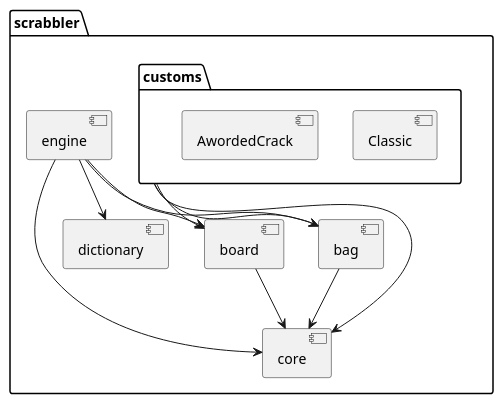
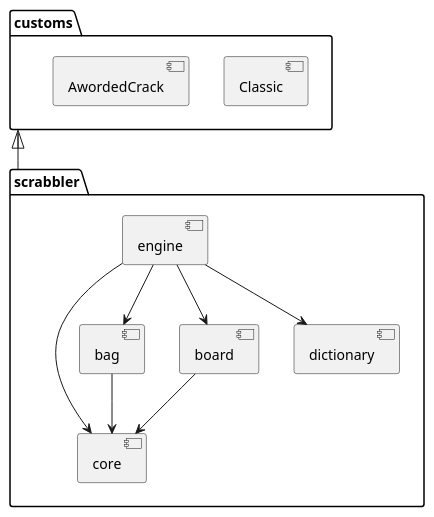
One commit to tizianolattisi/scrabbler changed the diagram in docs/components.puml. Above: the diagram before and after it, drawn with PlantUML. The commit also changed 5 other files, not shown here.

```diff
--- a/docs/components.puml
+++ b/docs/components.puml
@@ -1,22 +1,21 @@
 @startuml
 
 package "scrabbler" {
 [engine] --> [core]
 [engine] --> [bag]
 [engine] --> [board]
 [engine] --> [dictionary]
 [dictionary]
 [core]
 [board] --> [core]
 [bag] --> [core]
-[customs] --> [core]
-[customs] --> [board]
-[customs] --> [bag]
 }
 
 package "customs" {
 [Classic]
 [AwordedCrack]
 }
 
+customs <|-- scrabbler
+
 @enduml
```
